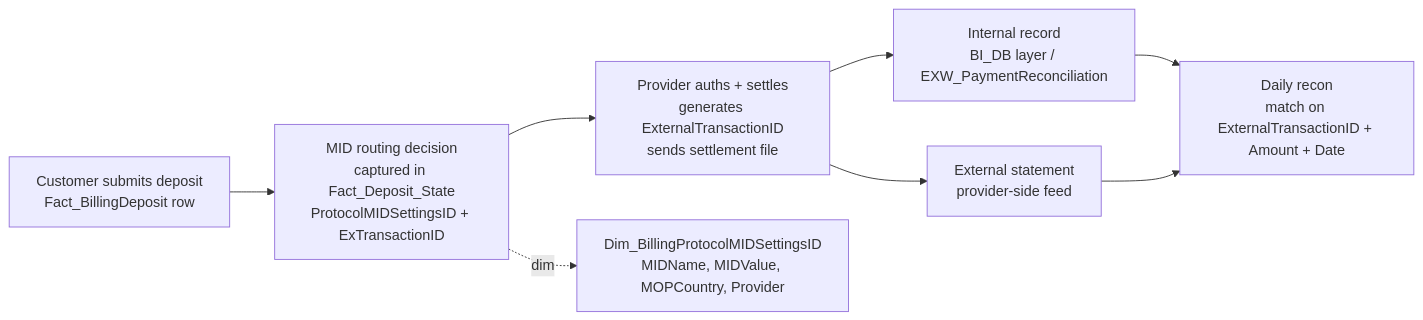
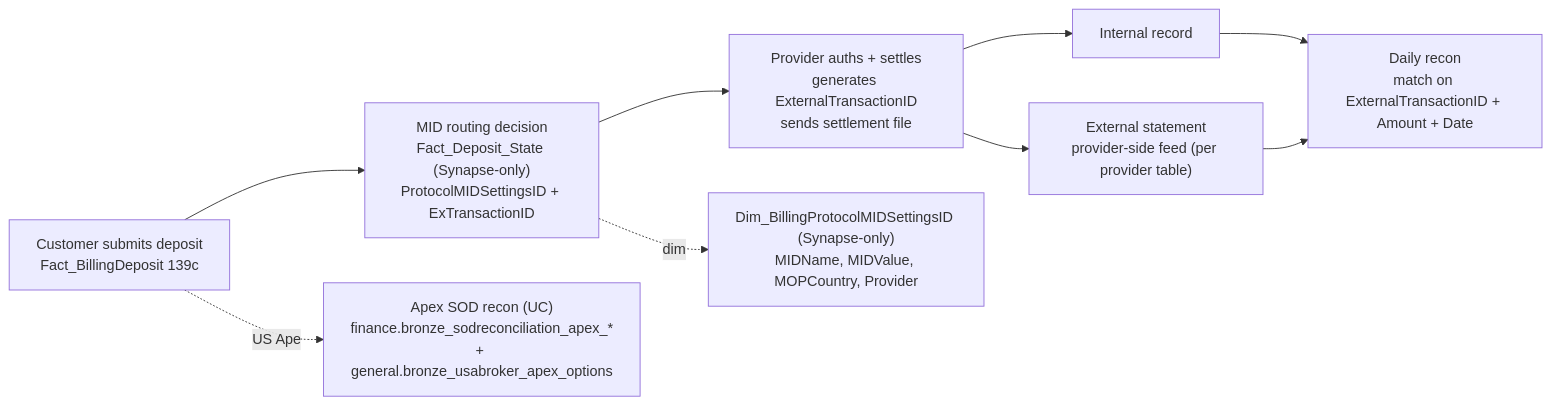
One commit to guyman-tr/Databricks_Knowledge changed the diagram in knowledge/skills/domain-cross/provider-reconciliation.md. Above: the diagram before and after it, drawn with Mermaid. The commit also changed other lines of this file and 4 other files, not shown here.

````diff
--- a/knowledge/skills/domain-cross/provider-reconciliation.md
+++ b/knowledge/skills/domain-cross/provider-reconciliation.md
@@ -55,17 +115,19 @@
 ```mermaid
 graph LR
-    Submit[Customer submits deposit<br/>Fact_BillingDeposit row]
-    Route[MID routing decision<br/>captured in Fact_Deposit_State<br/>ProtocolMIDSettingsID + ExTransactionID]
-    Provider[Provider auths + settles<br/>generates ExternalTransactionID<br/>sends settlement file]
-    MidDim[Dim_BillingProtocolMIDSettingsID<br/>MIDName, MIDValue, MOPCountry, Provider]
-    Internal[Internal record<br/>BI_DB layer / EXW_PaymentReconciliation]
-    External[External statement<br/>provider-side feed]
-    Recon[Daily recon<br/>match on ExternalTransactionID + Amount + Date]
+    Submit["Customer submits deposit<br/>Fact_BillingDeposit 139c"]
+    Route["MID routing decision<br/>Fact_Deposit_State (Synapse-only)<br/>ProtocolMIDSettingsID + ExTransactionID"]
+    Provider["Provider auths + settles<br/>generates ExternalTransactionID<br/>sends settlement file"]
+    MidDim["Dim_BillingProtocolMIDSettingsID (Synapse-only)<br/>MIDName, MIDValue, MOPCountry, Provider"]
+    Internal["Internal record"]
+    External["External statement<br/>provider-side feed (per provider table)"]
+    Recon["Daily recon<br/>match on ExternalTransactionID + Amount + Date"]
+    ApexUC["Apex SOD recon (UC)<br/>finance.bronze_sodreconciliation_apex_*<br/>+ general.bronze_usabroker_apex_options"]
 
     Submit --> Route --> Provider
     Route -.dim.-> MidDim
     Provider --> Internal
     Provider --> External
     Internal --> Recon
     External --> Recon
+    Submit -.US Apex.-> ApexUC
 ```
````
